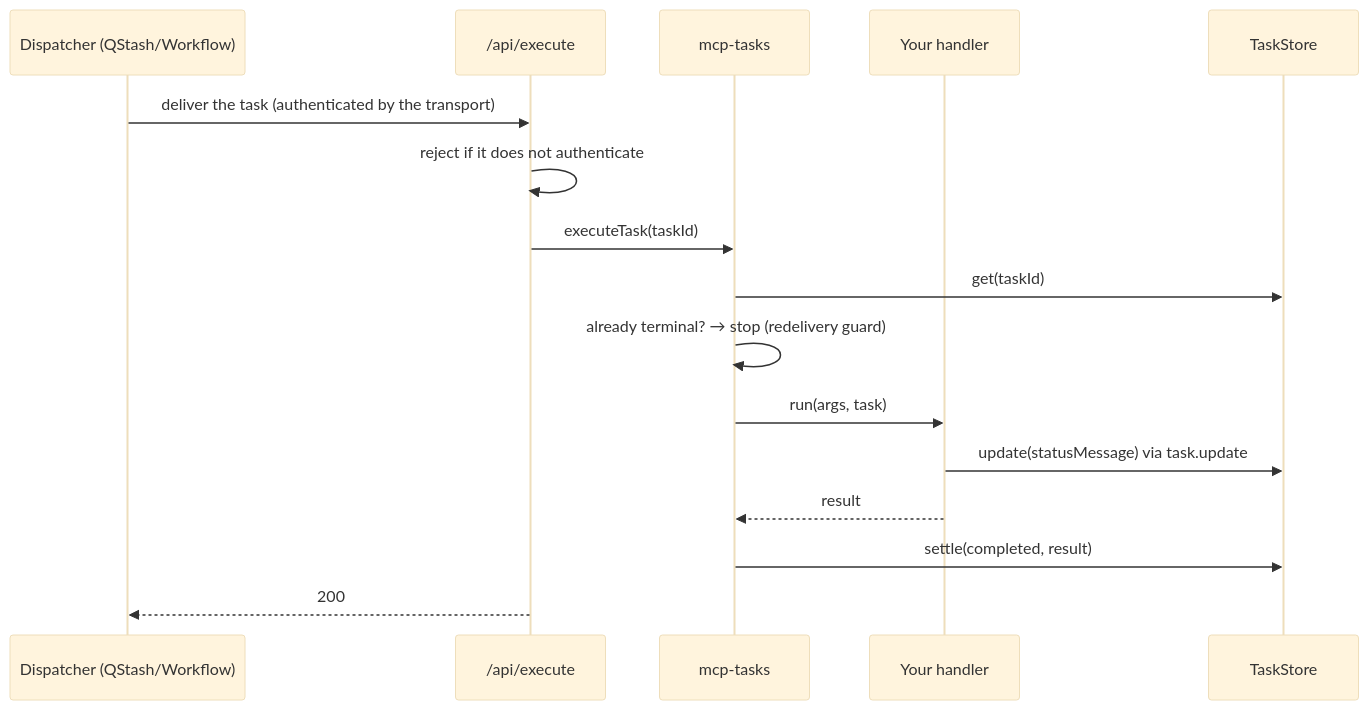
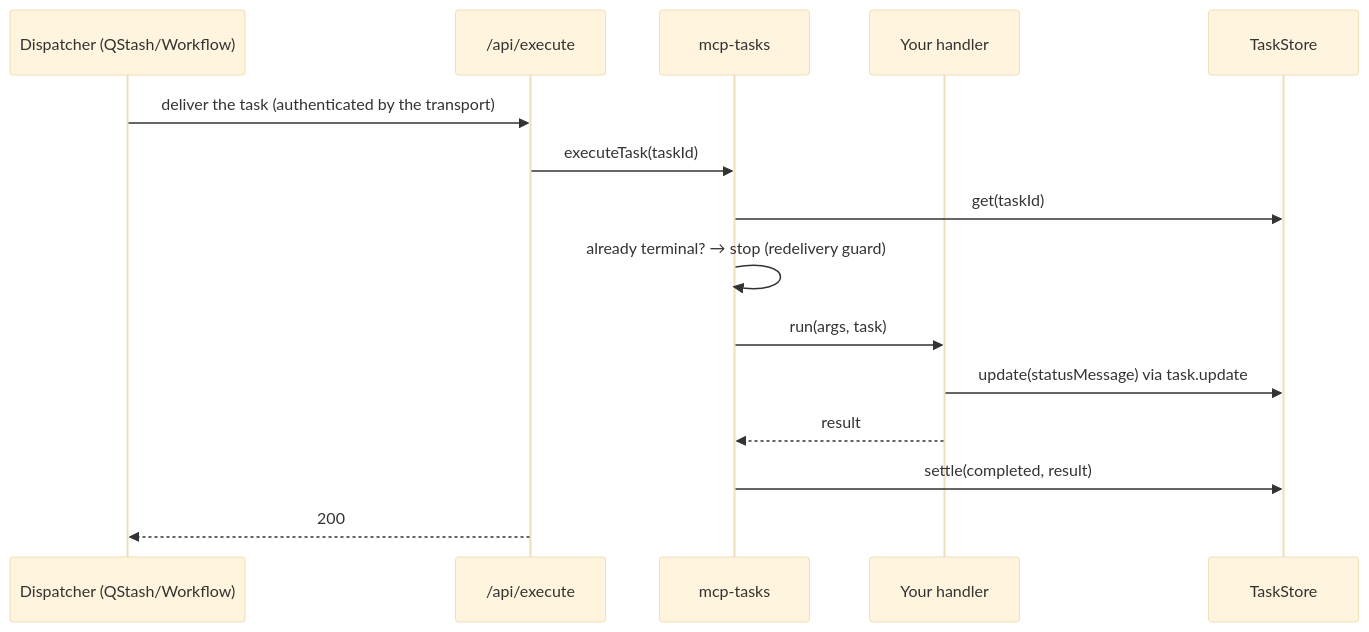
Before and after one commit to upstash/agentkit: the second of 3 diagrams in packages/mcp-tasks/README.md, drawn with Mermaid (base theme). The commit also changed other lines of this file and 17 other files, not shown here.

````diff
--- a/packages/mcp-tasks/README.md
+++ b/packages/mcp-tasks/README.md
@@ -218,19 +254,18 @@
 ```mermaid
 sequenceDiagram
     participant D as Dispatcher (QStash/Workflow)
     participant E as /api/execute
     participant S as mcp-tasks
     participant H as Your handler
     participant St as TaskStore
 
     D->>E: deliver the task (authenticated by the transport)
-    E->>E: reject if it does not authenticate
     E->>S: executeTask(taskId)
     S->>St: get(taskId)
     S->>S: already terminal? → stop (redelivery guard)
     S->>H: run(args, task)
     H->>St: update(statusMessage) via task.update
     H-->>S: result
     S->>St: settle(completed, result)
     E-->>D: 200
 ```
````
